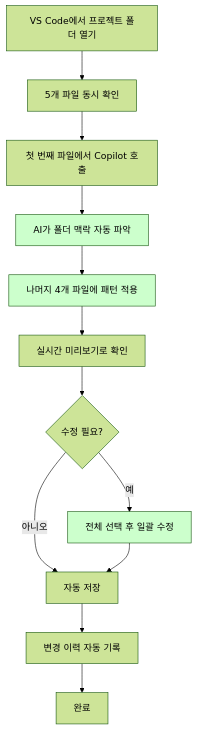
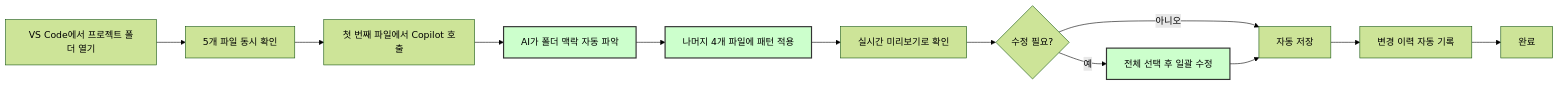
Before and after one commit to seo-jinseok/GitHub-Copilot-Guide: the third of 17 diagrams in dist/University_Copilot_Guide_Complete_KO.md, drawn with Mermaid (forest theme). The commit also changed other lines of this file, not shown here.

Commit message:
docs: mermaid 그림 색상 수정

````diff
--- a/dist/University_Copilot_Guide_Complete_KO.md
+++ b/dist/University_Copilot_Guide_Complete_KO.md
@@ -180,18 +180,18 @@
 ```mermaid
-graph TD
+graph LR
     A[VS Code에서 프로젝트 폴더 열기] --> B[5개 파일 동시 확인]
     B --> C[첫 번째 파일에서 Copilot 호출]
     C --> D[AI가 폴더 맥락 자동 파악]
     D --> E[나머지 4개 파일에 패턴 적용]
     E --> F[실시간 미리보기로 확인]
     F --> G{수정 필요?}
     G -->|예| H[전체 선택 후 일괄 수정]
     G -->|아니오| I[자동 저장]
     H --> I
     I --> J[변경 이력 자동 기록]
     J --> K[완료]
     
-    style D fill:#ccffcc
-    style E fill:#ccffcc
-    style H fill:#ccffcc
+    style D fill:#ccffcc,stroke:#333,stroke-width:2px,color:#000
+    style E fill:#ccffcc,stroke:#333,stroke-width:2px,color:#000
+    style H fill:#ccffcc,stroke:#333,stroke-width:2px,color:#000
 ```
````
